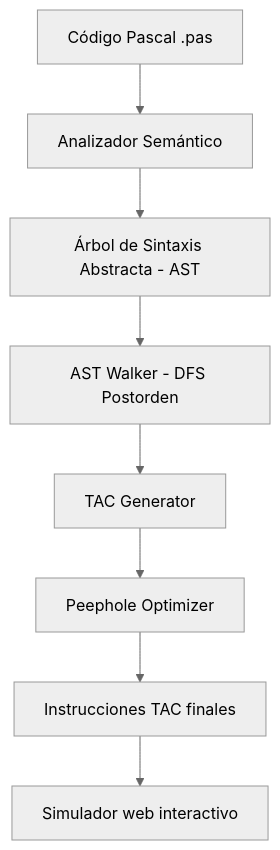
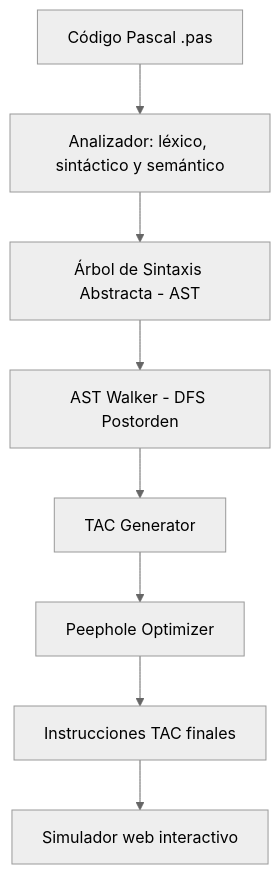
One commit to 20pedro01/Generador-TAC-Pascal changed the diagram in Generador-TAC-Pascal/README.md. Above: the diagram before and after it, drawn with Mermaid (neutral theme).

````diff
--- a/Generador-TAC-Pascal/README.md
+++ b/Generador-TAC-Pascal/README.md
@@ -16,10 +16,10 @@
 ```mermaid
 graph TD
-    A[Código Pascal .pas] --> B[Analizador Semántico]
+    A[Código Pascal .pas] --> B[Analizador: léxico, sintáctico y semántico]
     B --> C[Árbol de Sintaxis Abstracta - AST]
     C --> D[AST Walker - DFS Postorden]
     D --> E[TAC Generator]
     E --> F[Peephole Optimizer]
     F --> G[Instrucciones TAC finales]
     G --> H[Simulador web interactivo]
 ```
````
